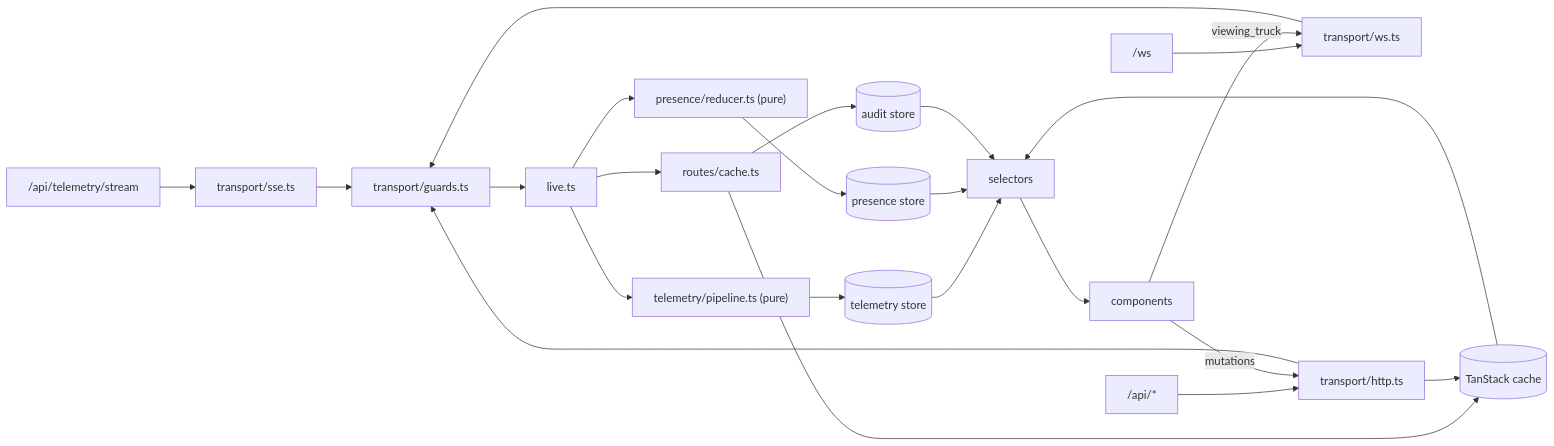
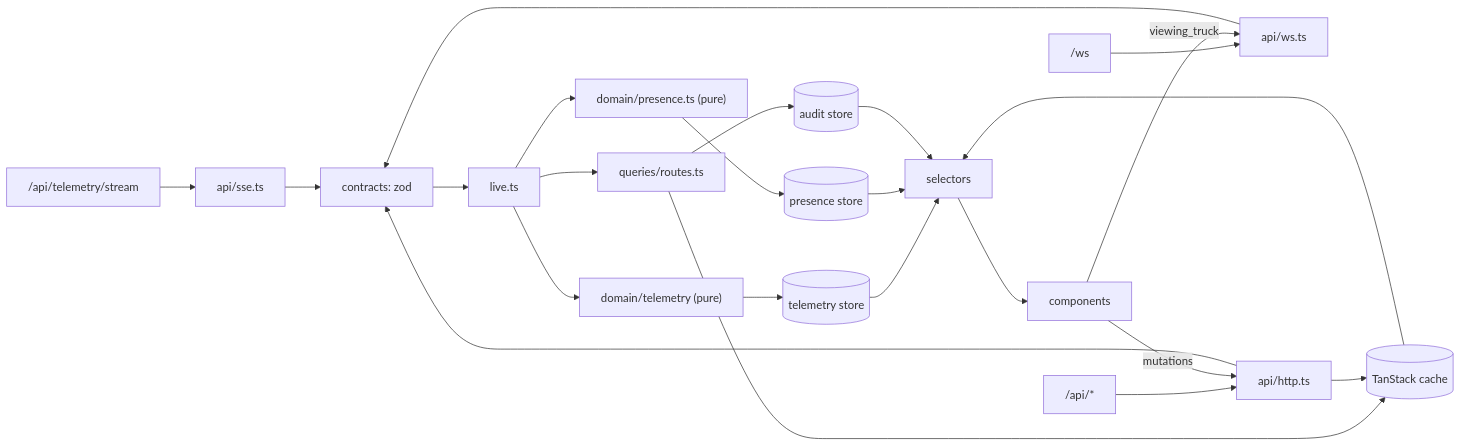
The diagram in README.md (davepro25/fleetpulse), drawn with Mermaid before and after one commit. The commit also changed other lines of this file and 38 other files, not shown here.

First line of the commit message:
feat(api): validated sse/ws/rest clients with retry and reconnect

````diff
--- a/README.md
+++ b/README.md
@@ -25,16 +25,16 @@
 ```mermaid
 flowchart LR
-  SSE["/api/telemetry/stream"] --> sse[transport/sse.ts]
-  WSS["/ws"] --> ws[transport/ws.ts]
-  REST["/api/*"] --> http[transport/http.ts]
-  sse & ws & http --> guards[transport/guards.ts]
-  guards --> live[live.ts]
-  live --> pipe["telemetry/pipeline.ts (pure)"] --> tstore[(telemetry store)]
-  live --> pres["presence/reducer.ts (pure)"] --> pstore[(presence store)]
-  live --> rcache[routes/cache.ts] --> qc[(TanStack cache)]
+  SSE["/api/telemetry/stream"] --> sse[api/sse.ts]
+  WSS["/ws"] --> ws[api/ws.ts]
+  REST["/api/*"] --> http[api/http.ts]
+  sse & ws & http --> schemas[contracts: zod]
+  schemas --> live[live.ts]
+  live --> pipe["domain/telemetry (pure)"] --> tstore[(telemetry store)]
+  live --> pres["domain/presence.ts (pure)"] --> pstore[(presence store)]
+  live --> rcache[queries/routes.ts] --> qc[(TanStack cache)]
   rcache --> audit[(audit store)]
   http --> qc
   tstore & pstore & qc & audit --> sel[selectors] --> ui[components]
   ui -- mutations --> http
   ui -- viewing_truck --> ws
 ```
````
